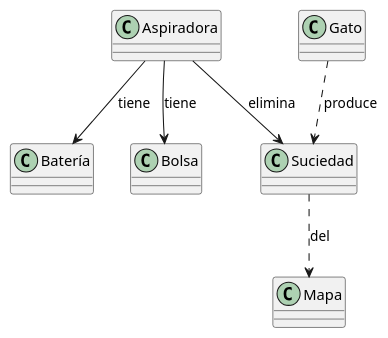
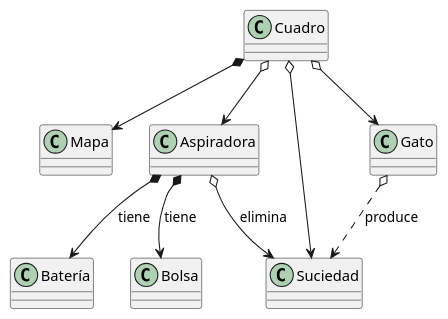
Before and after one commit to mmasias/idsw2: the diagram in docs/modeloDeDominio.plantuml, drawn with PlantUML.

Commit message:
Cambiando modelo de dominio

```diff
--- a/docs/modeloDeDominio.plantuml
+++ b/docs/modeloDeDominio.plantuml
@@ -1,15 +1,20 @@
 @startuml
 class Mapa
 class Aspiradora
 class Suciedad
 class Batería
 class Gato
 class Bolsa
+class Cuadro
 
-Aspiradora --> Suciedad : elimina
-Suciedad ..> Mapa: del
-Aspiradora --> Bolsa : tiene
-Aspiradora --> Batería : tiene
-Gato ..> Suciedad : produce
+
+Cuadro o--> Aspiradora 
+Cuadro o--> Gato 
+Cuadro o--> Suciedad
+Cuadro *--> Mapa
+Aspiradora o--> Suciedad : elimina
+Aspiradora *--> Bolsa : tiene
+Aspiradora *--> Batería : tiene
+Gato o..> Suciedad : produce
 
 @enduml
```
